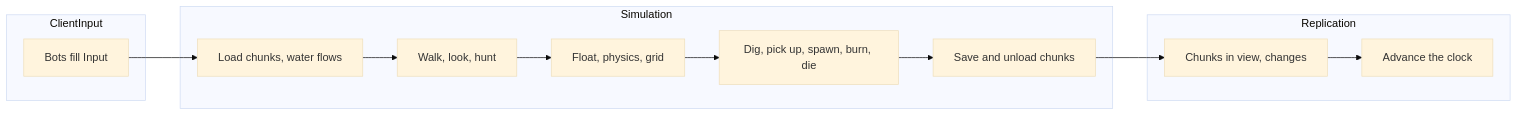
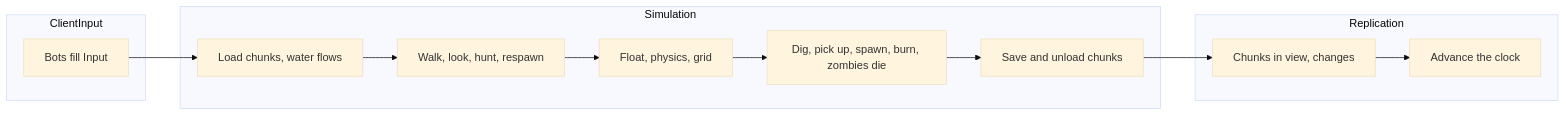
Before and after one commit to JasonXuDeveloper/EasyEcs: the diagram in docs/content/samples/voxel-server.mdx, drawn with Mermaid (base theme). The commit also changed other lines of this file and 17 other files, not shown here.

````diff
--- a/docs/content/samples/voxel-server.mdx
+++ b/docs/content/samples/voxel-server.mdx
@@ -64,17 +64,17 @@
 ```mermaid
 flowchart LR
   subgraph ClientInput
     input[Bots fill Input]
   end
   subgraph Simulation
-    world[Load chunks, water flows] --> sight[Walk, look, hunt]
+    world[Load chunks, water flows] --> sight[Walk, look, hunt, respawn]
     sight --> move[Float, physics, grid]
-    move --> rules[Dig, pick up, spawn, burn, die]
+    move --> rules[Dig, pick up, spawn, burn, zombies die]
     rules --> unload[Save and unload chunks]
   end
   subgraph Replication
     send[Chunks in view, changes] --> clock[Advance the clock]
   end
   input --> world
   unload --> send
 ```
````
